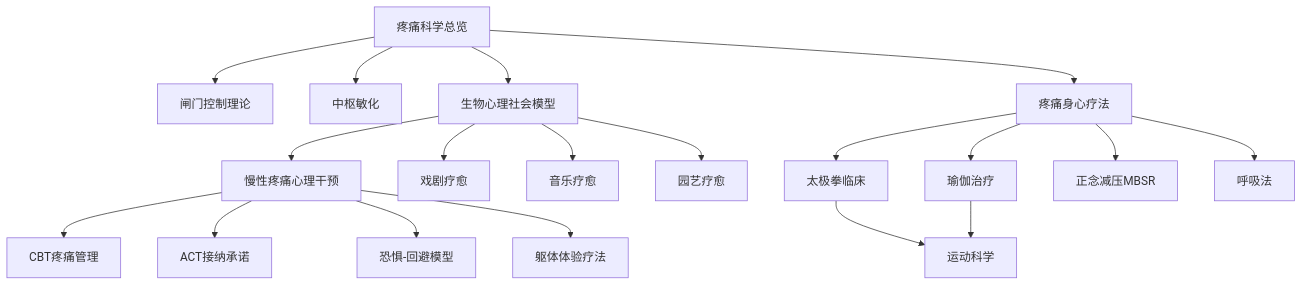
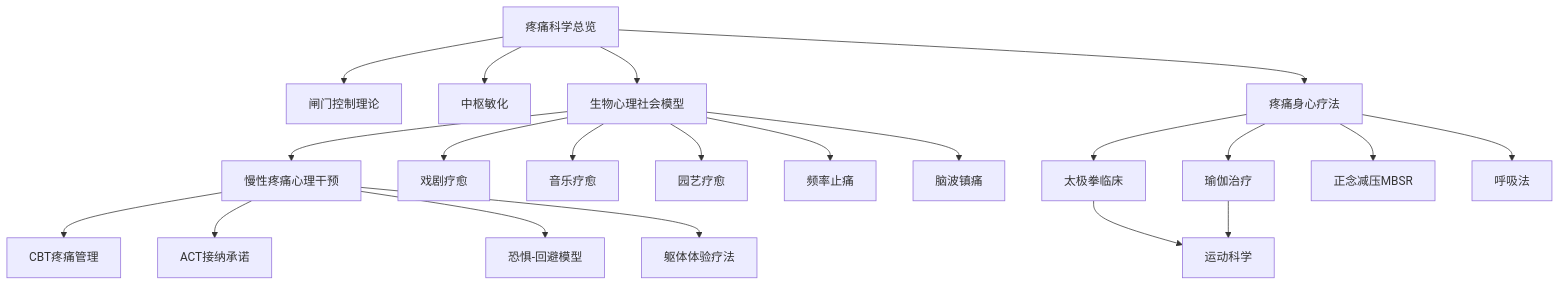
One commit to peace-lab-global/peace-lab-database changed the diagram in _meta/topic-maps/Pain_Healing_Ecosystem.md. Above: the diagram before and after it, drawn with Mermaid. The commit also changed other lines of this file and 26 other files, not shown here.

````diff
--- a/_meta/topic-maps/Pain_Healing_Ecosystem.md
+++ b/_meta/topic-maps/Pain_Healing_Ecosystem.md
@@ -9,21 +9,23 @@
 ```mermaid
 graph TB
     A[疼痛科学总览] --> B[闸门控制理论]
     A --> C[中枢敏化]
     A --> D[生物心理社会模型]
     D --> E[慢性疼痛心理干预]
     E --> F[CBT疼痛管理]
     E --> G[ACT接纳承诺]
     E --> H[恐惧-回避模型]
     A --> I[疼痛身心疗法]
     I --> J[太极拳临床]
     I --> K[瑜伽治疗]
     I --> L[正念减压MBSR]
     I --> M[呼吸法]
     J --> N[运动科学]
     K --> N
     D --> O[戏剧疗愈]
     D --> P[音乐疗愈]
     D --> Q[园艺疗愈]
     E --> R[躯体体验疗法]
+    D --> S[频率止痛]
+    D --> T[脑波镇痛]
 ```
````
